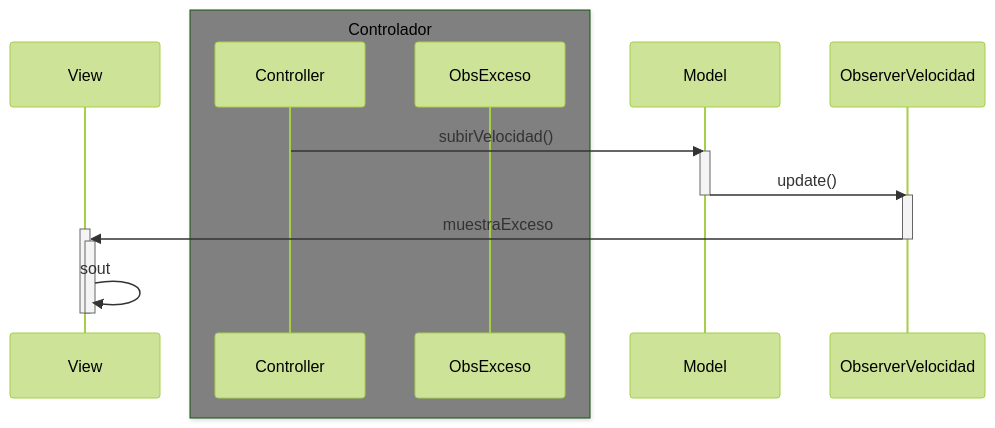
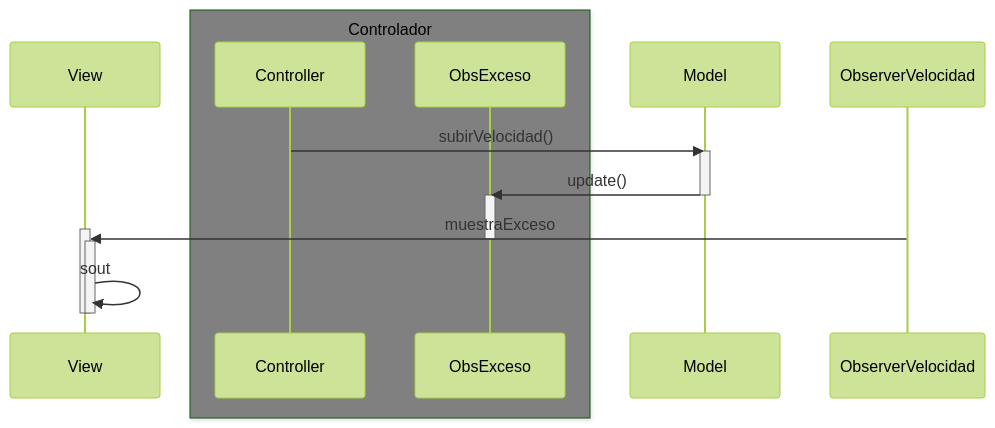
Before and after one commit to acastineiraduran/MVC_coches: the second of 2 diagrams in Readme.md, drawn with Mermaid (forest theme).

````diff
--- a/Readme.md
+++ b/Readme.md
@@ -72,20 +72,20 @@
 ```mermaid
 sequenceDiagram
     participant View
     box gray Controlador
     participant Controller
     participant ObsExceso
     end
     participant Model
 
     Controller->>Model: subirVelocidad()
     activate Model
-    Model->>ObserverVelocidad: update()
+    Model->>ObsExceso: update()
     deactivate Model
-    activate ObserverVelocidad
+    activate ObsExceso
     ObserverVelocidad->>+View: muestraExceso
-    deactivate ObserverVelocidad
+    deactivate ObsExceso
     activate View
     View->>-View: sout
     deactivate View
 ```
````
